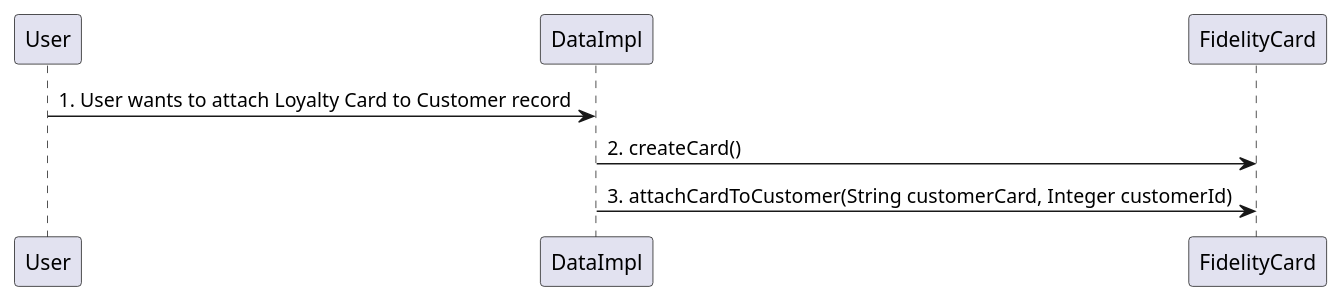
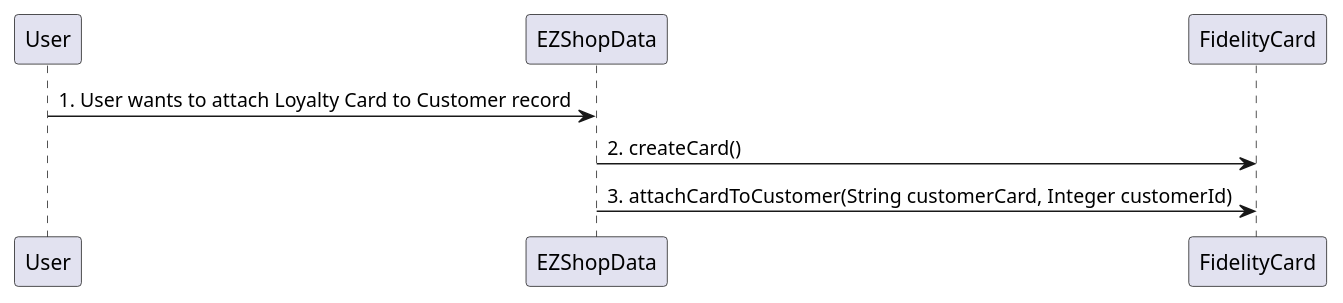
Before and after one commit to djemar/softeng_ezshop: diagram 13 of 31 in Deliverables/DesignDocument.md, drawn with PlantUML. The commit also changed other lines of this file, not shown here.

Commit message:
update SequenceDiagrams

````diff
--- a/Deliverables/DesignDocument.md
+++ b/Deliverables/DesignDocument.md
@@ -365,6 +366,6 @@
 ```plantuml
-"User" -> "DataImpl" : 1. User wants to attach Loyalty Card to Customer record
-"DataImpl" -> "FidelityCard" : 2. createCard()
-"DataImpl" -> "FidelityCard" : 3. attachCardToCustomer(String customerCard, Integer customerId)
+"User" -> "EZShopData" : 1. User wants to attach Loyalty Card to Customer record
+"EZShopData" -> "FidelityCard" : 2. createCard()
+"EZShopData" -> "FidelityCard" : 3. attachCardToCustomer(String customerCard, Integer customerId)
 
 ```
````
